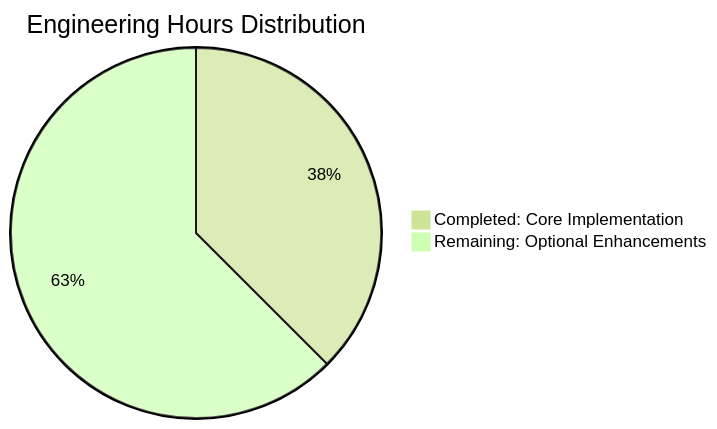
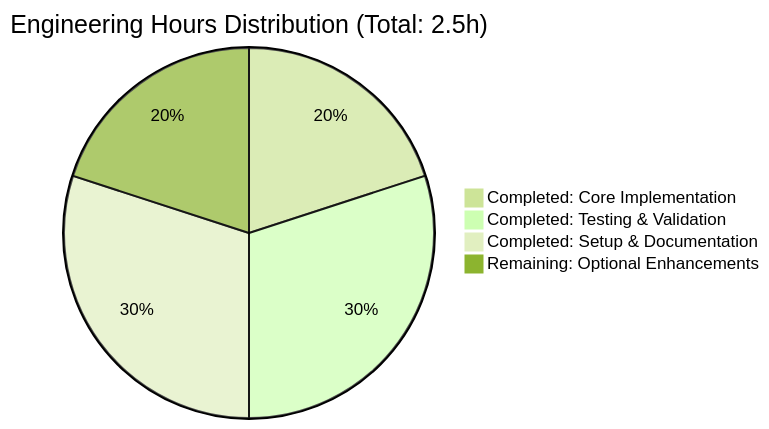
One commit to prasad-blitzy/quick-repo-4 changed the first of 3 diagrams in blitzy/documentation/Project Guide.md. Above: the diagram before and after it, drawn with Mermaid (forest theme). The commit also changed other lines of this file, not shown here.

Commit message:
Adding Blitzy Project Guide: Project Status and Human Tasks Remaining

````diff
--- a/blitzy/documentation/Project Guide.md
+++ b/blitzy/documentation/Project Guide.md
@@ -190,5 +206,7 @@
 ```mermaid
-pie title Engineering Hours Distribution
-    "Completed: Core Implementation" : 3.0
-    "Remaining: Optional Enhancements" : 5.0
+pie title Engineering Hours Distribution (Total: 2.5h)
+    "Completed: Core Implementation" : 0.5
+    "Completed: Testing & Validation" : 0.75
+    "Completed: Setup & Documentation" : 0.75
+    "Remaining: Optional Enhancements" : 0.5
 ```
````
